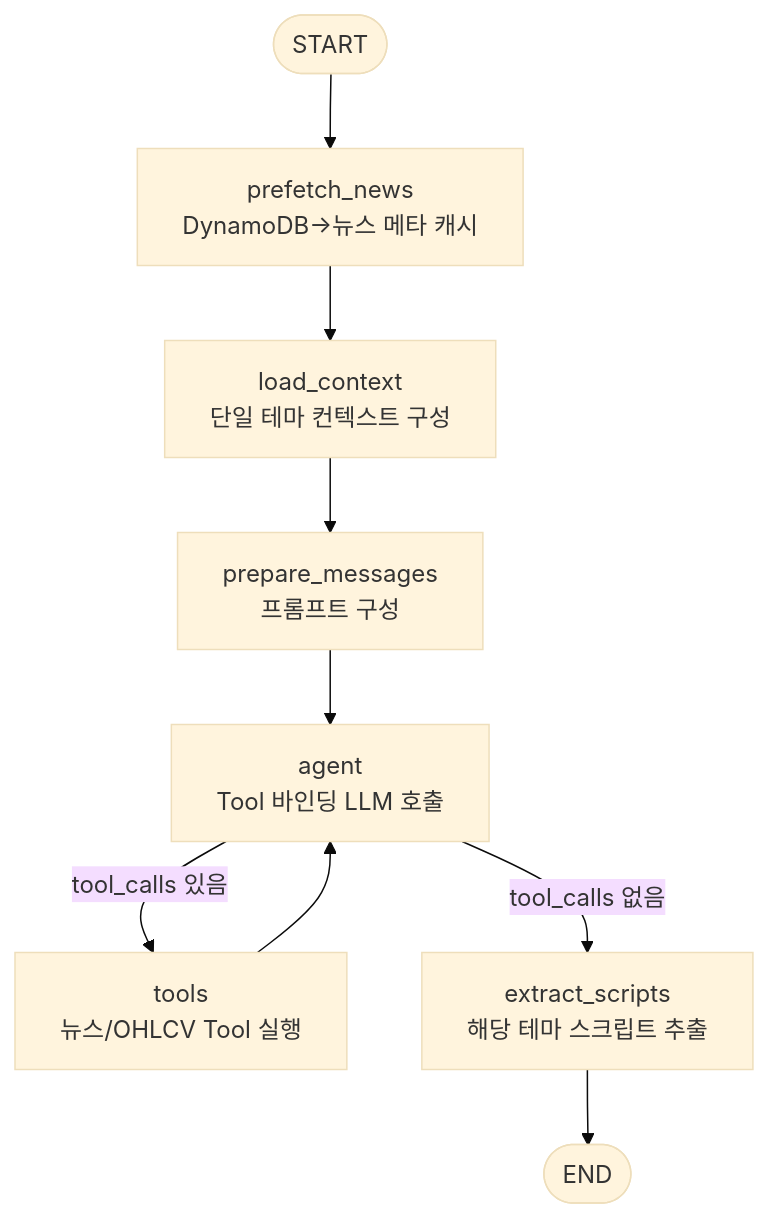
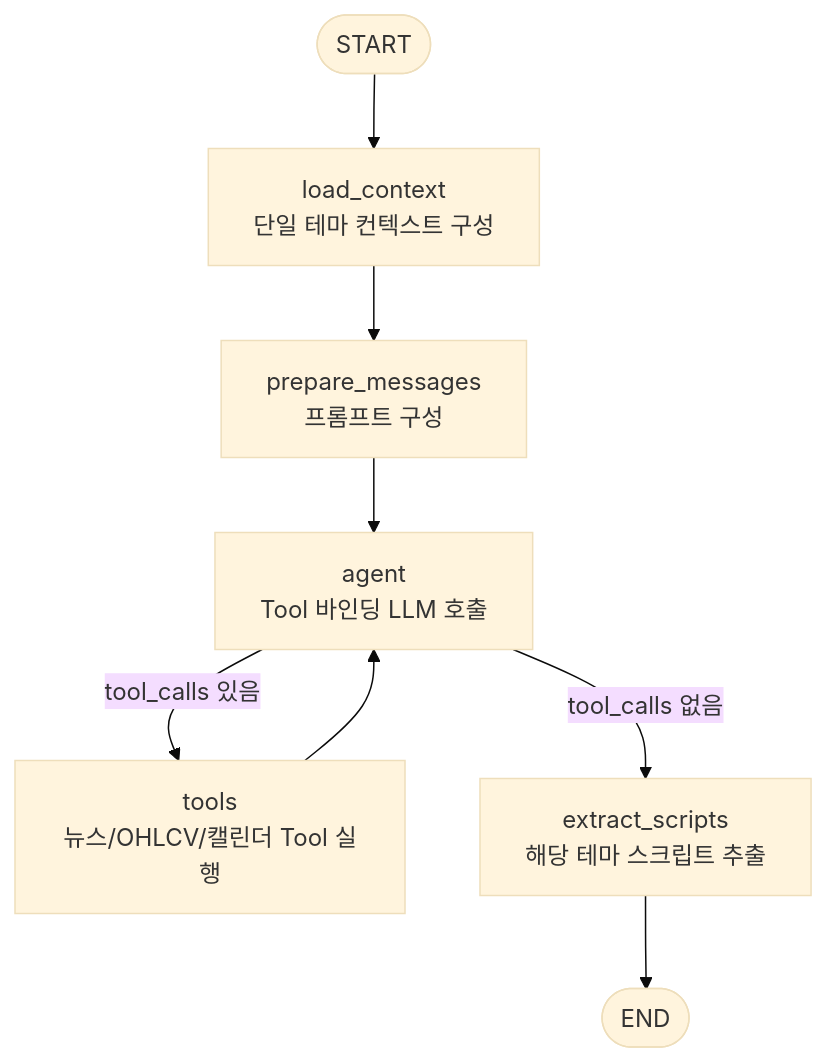
One commit to junseok0913/25fw-kubig-mas changed the third of 3 diagrams in ThemeAgent/ARCHITECTURE.md. Above: the diagram before and after it, drawn with Mermaid (base theme). The commit also changed other lines of this file and 13 other files, not shown here.

````diff
--- a/ThemeAgent/ARCHITECTURE.md
+++ b/ThemeAgent/ARCHITECTURE.md
@@ -209,15 +202,14 @@
 ```mermaid
 flowchart TD
     TW_START([START])
-    PF[prefetch_news<br/>DynamoDB→뉴스 메타 캐시]
     CTX[load_context<br/>단일 테마 컨텍스트 구성]
     MSG[prepare_messages<br/>프롬프트 구성]
     AG[agent<br/>Tool 바인딩 LLM 호출]
-    TL[tools<br/>뉴스/OHLCV Tool 실행]
+    TL[tools<br/>뉴스/OHLCV/캘린더 Tool 실행]
     EX[extract_scripts<br/>해당 테마 스크립트 추출]
     TW_END([END])
 
-    TW_START --> PF --> CTX --> MSG --> AG
+    TW_START --> CTX --> MSG --> AG
     AG -->|tool_calls 있음| TL --> AG
     AG -->|tool_calls 없음| EX --> TW_END
 ```
````
